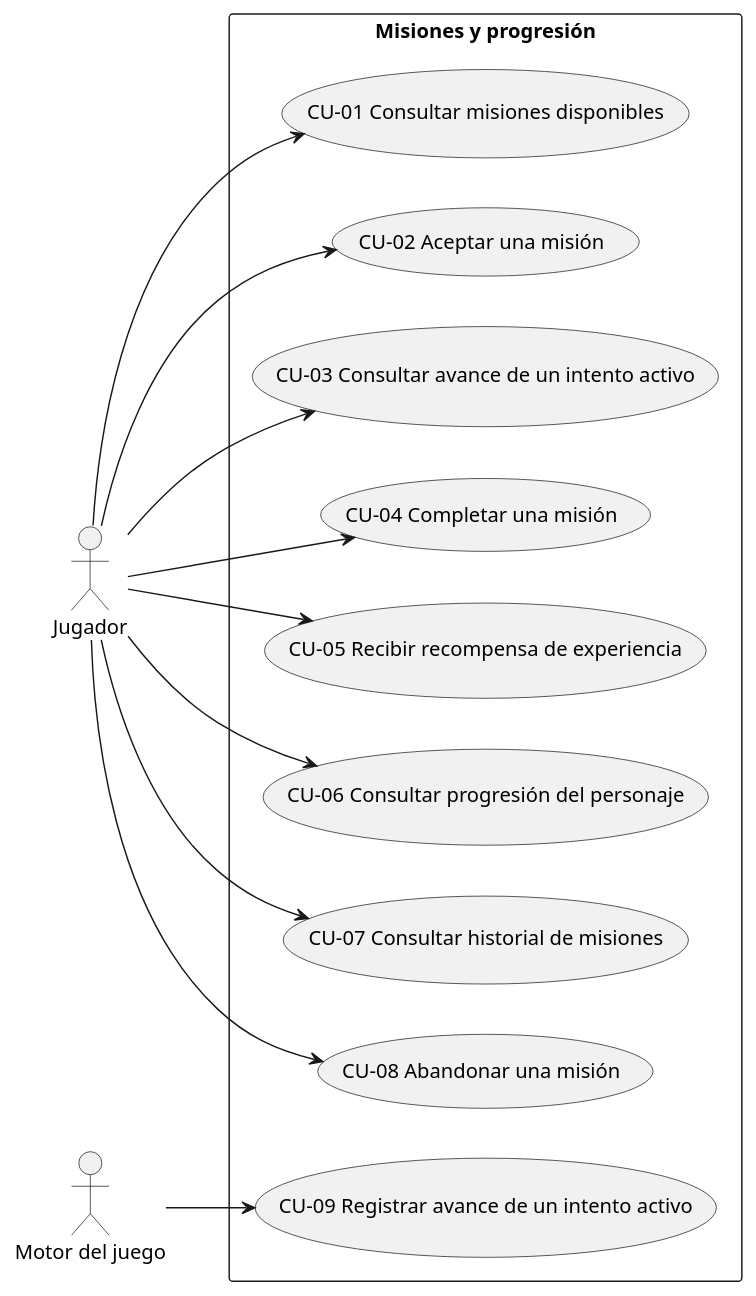
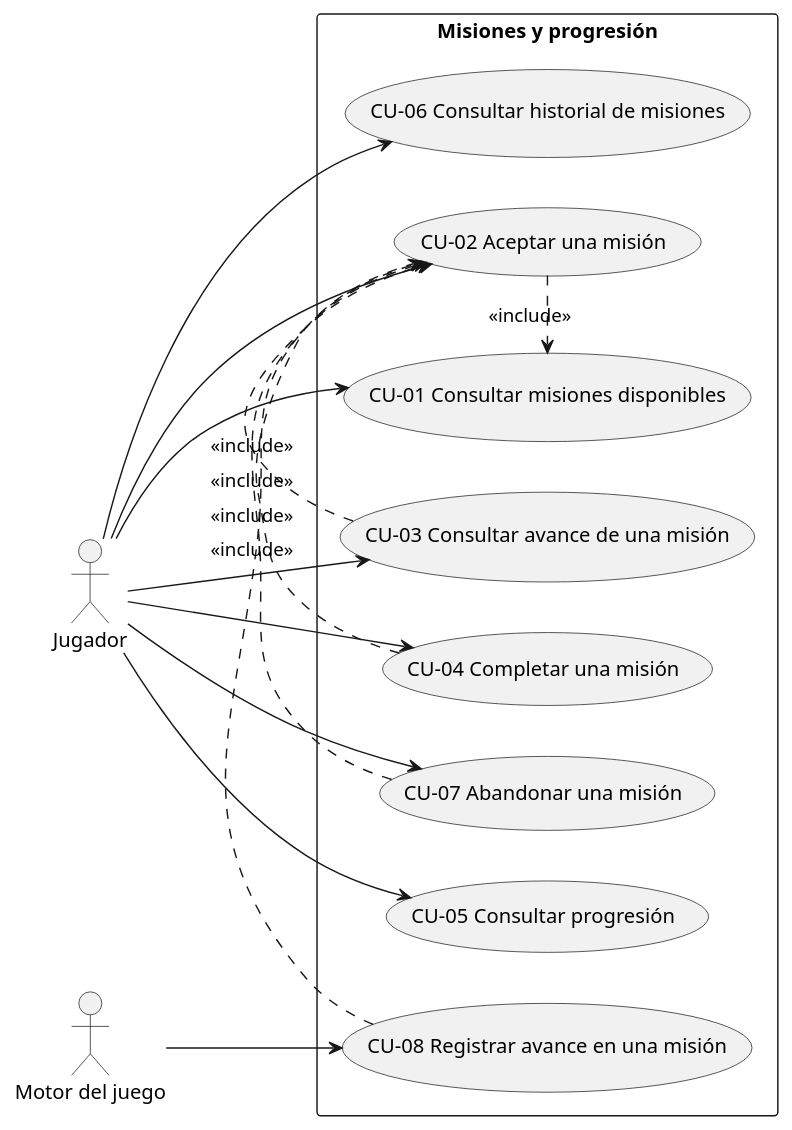
One commit to stephannynayleth01-coder/analisis-final-g4 changed the diagram in salida/diagramas/01_casos_de_uso.puml. Above: the diagram before and after it, drawn with PlantUML. The commit also changed 18 other files, not shown here.

```diff
--- a/salida/diagramas/01_casos_de_uso.puml
+++ b/salida/diagramas/01_casos_de_uso.puml
@@ -1,29 +1,32 @@
 @startuml
 ' Generado por spec2code. Es una PROPUESTA del pipeline: audítala contra la spec.
 left to right direction
 skinparam packageStyle rectangle
 actor "Jugador" as A1
 actor "Motor del juego" as A2
 
 rectangle "Misiones y progresión" {
   usecase "CU-01 Consultar misiones disponibles" as CU_01
   usecase "CU-02 Aceptar una misión" as CU_02
-  usecase "CU-03 Consultar avance de un intento activo" as CU_03
+  usecase "CU-03 Consultar avance de una misión" as CU_03
   usecase "CU-04 Completar una misión" as CU_04
-  usecase "CU-05 Recibir recompensa de experiencia" as CU_05
-  usecase "CU-06 Consultar progresión del personaje" as CU_06
-  usecase "CU-07 Consultar historial de misiones" as CU_07
-  usecase "CU-08 Abandonar una misión" as CU_08
-  usecase "CU-09 Registrar avance de un intento activo" as CU_09
+  usecase "CU-05 Consultar progresión" as CU_05
+  usecase "CU-06 Consultar historial de misiones" as CU_06
+  usecase "CU-07 Abandonar una misión" as CU_07
+  usecase "CU-08 Registrar avance en una misión" as CU_08
 }
 
 A1 --> CU_01
 A1 --> CU_02
+CU_02 .> CU_01 : <<include>>
 A1 --> CU_03
+CU_03 .> CU_02 : <<include>>
 A1 --> CU_04
+CU_04 .> CU_02 : <<include>>
 A1 --> CU_05
 A1 --> CU_06
 A1 --> CU_07
-A1 --> CU_08
-A2 --> CU_09
+CU_07 .> CU_02 : <<include>>
+A2 --> CU_08
+CU_08 .> CU_02 : <<include>>
 @enduml
```
